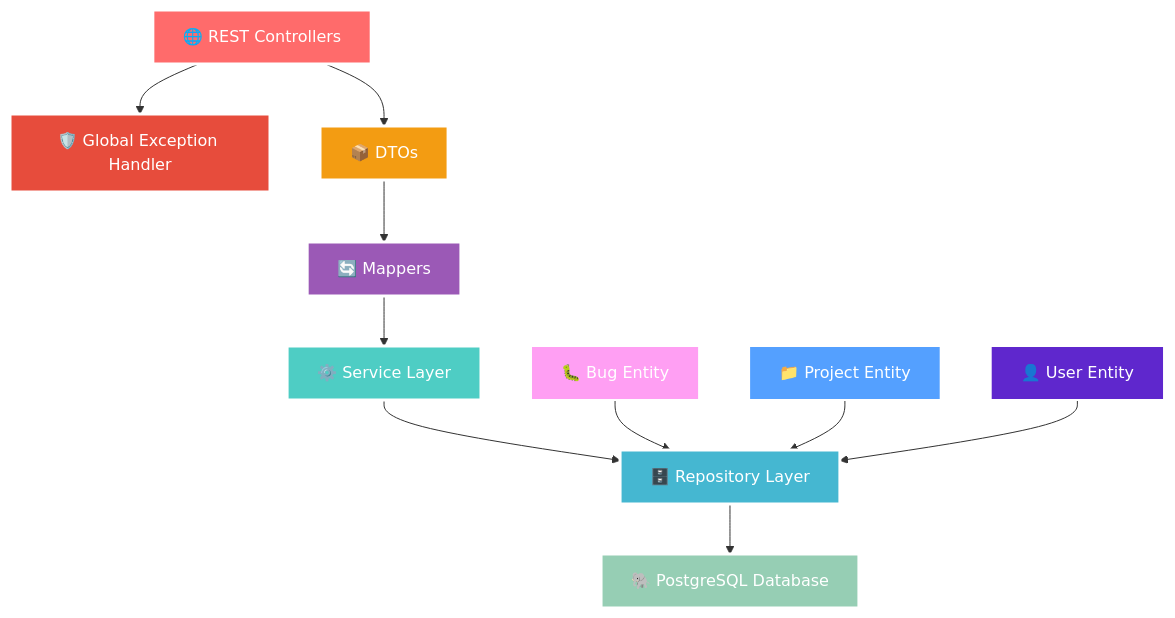
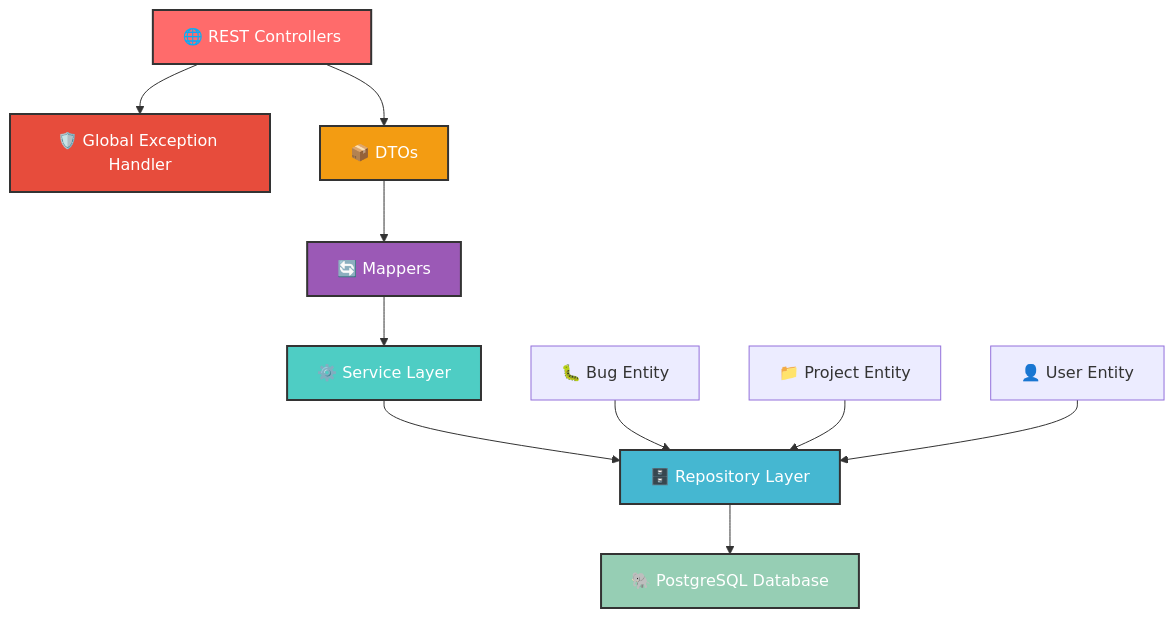
Before and after one commit to soundar-19/SpringBootTraining: the diagram in PHASE1/day12/IssueTrackerORM/README.md, drawn with Mermaid. The commit also changed other lines of this file, not shown here.

````diff
--- a/PHASE1/day12/IssueTrackerORM/README.md
+++ b/PHASE1/day12/IssueTrackerORM/README.md
@@ -87,24 +61,21 @@
 ```mermaid
 graph TB
     A[🌐 REST Controllers] --> H[🛡️ Global Exception Handler]
     A --> I[📦 DTOs]
     I --> J[🔄 Mappers]
     J --> B[⚙️ Service Layer]
     B --> C[🗄️ Repository Layer]
     C --> D[🐘 PostgreSQL Database]
     
     E[🐛 Bug Entity] --> C
     F[📁 Project Entity] --> C
     G[👤 User Entity] --> C
     
-    style A fill:#ff6b6b,stroke:#fff,stroke-width:3px,color:#fff
-    style H fill:#e74c3c,stroke:#fff,stroke-width:3px,color:#fff
-    style I fill:#f39c12,stroke:#fff,stroke-width:3px,color:#fff
-    style J fill:#9b59b6,stroke:#fff,stroke-width:3px,color:#fff
-    style B fill:#4ecdc4,stroke:#fff,stroke-width:3px,color:#fff
-    style C fill:#45b7d1,stroke:#fff,stroke-width:3px,color:#fff
-    style D fill:#96ceb4,stroke:#fff,stroke-width:3px,color:#fff
-    style E fill:#ff9ff3,stroke:#fff,stroke-width:2px,color:#fff
-    style F fill:#54a0ff,stroke:#fff,stroke-width:2px,color:#fff
-    style G fill:#5f27cd,stroke:#fff,stroke-width:2px,color:#fff
+    style A fill:#ff6b6b,stroke:#333,stroke-width:2px,color:#fff
+    style H fill:#e74c3c,stroke:#333,stroke-width:2px,color:#fff
+    style I fill:#f39c12,stroke:#333,stroke-width:2px,color:#fff
+    style J fill:#9b59b6,stroke:#333,stroke-width:2px,color:#fff
+    style B fill:#4ecdc4,stroke:#333,stroke-width:2px,color:#fff
+    style C fill:#45b7d1,stroke:#333,stroke-width:2px,color:#fff
+    style D fill:#96ceb4,stroke:#333,stroke-width:2px,color:#fff
 ```
````
